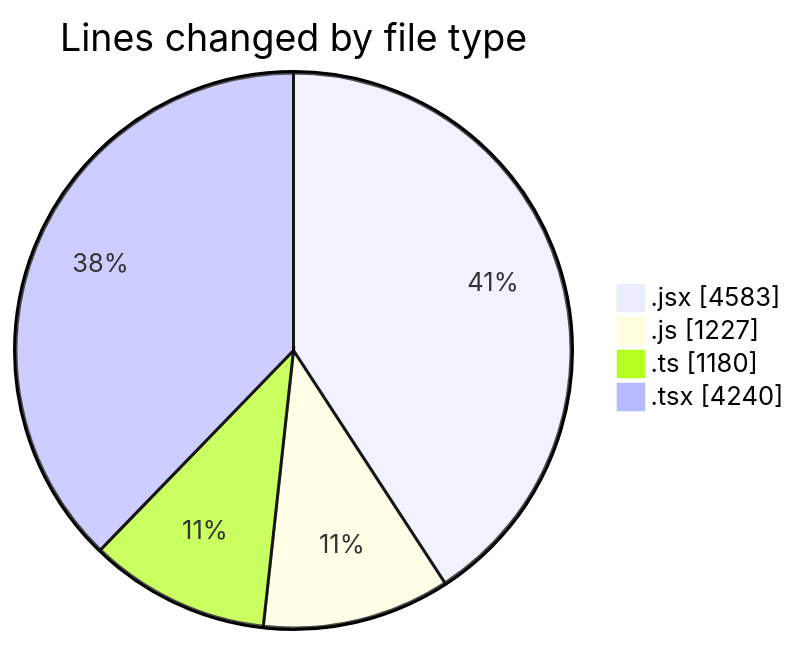
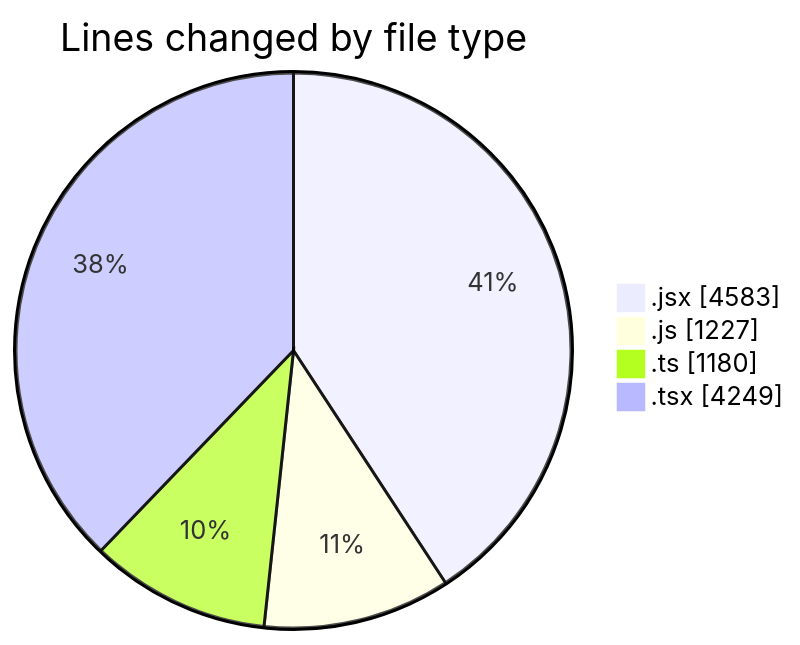
The first of 2 diagrams in 2026-01-21/nxtqube_webapp/README.md (nxtqubesakshisongat/code-tracking), drawn with Mermaid before and after one commit. The commit also changed other lines of this file and 1 other file, not shown here.

````diff
--- a/2026-01-21/nxtqube_webapp/README.md
+++ b/2026-01-21/nxtqube_webapp/README.md
@@ -26,8 +26,8 @@
 ```mermaid
 pie showData
 title Lines changed by file type
 ".jsx" : 4583
 ".js" : 1227
 ".ts" : 1180
-".tsx" : 4240
+".tsx" : 4249
 ```
````
